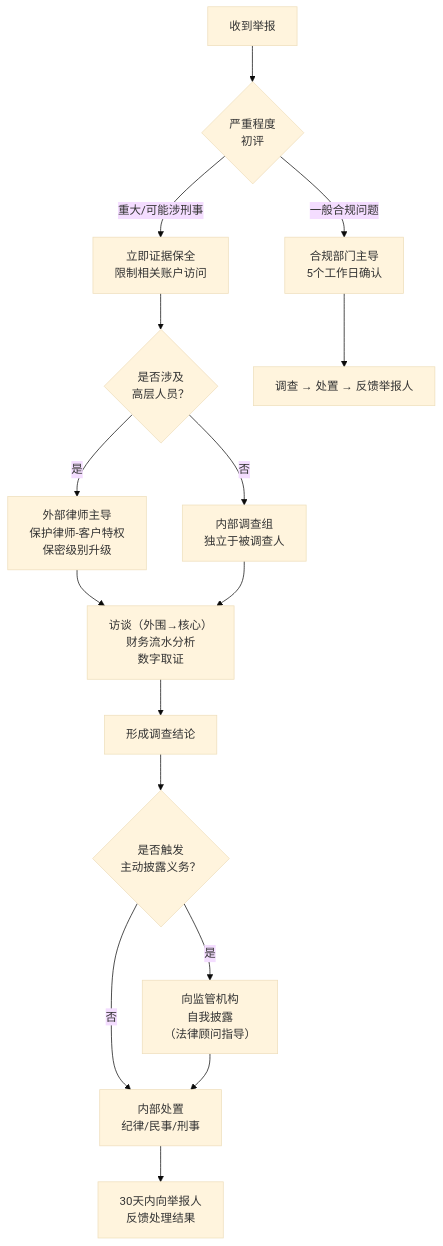
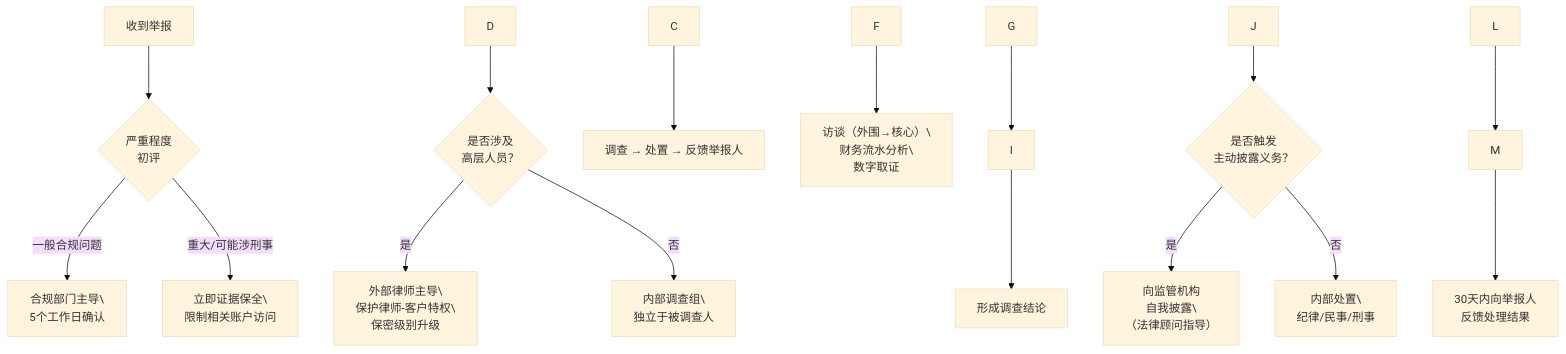
Before and after one commit to ddg-cn/ddg-site: the sixth of 6 diagrams in docs/zh/ethics-guide.md, drawn with Mermaid (base theme). The commit also changed other lines of this file and 13 other files, not shown here.

````diff
--- a/docs/zh/ethics-guide.md
+++ b/docs/zh/ethics-guide.md
@@ -613,18 +623,18 @@
 ```mermaid
 flowchart TD
-    A["收到举报"] --> B{"严重程度<br/>初评"}
-    B -->|"一般合规问题"| C["合规部门主导\n5个工作日确认"]
-    B -->|"重大/可能涉刑事"| D["立即证据保全\n限制相关账户访问"]
+    A\["收到举报"] --> B{"严重程度<br/>初评"}
+    B -->|"一般合规问题"| C\["合规部门主导\\n5个工作日确认"]
+    B -->|"重大/可能涉刑事"| D\["立即证据保全\\n限制相关账户访问"]
     D --> E{"是否涉及<br/>高层人员？"}
-    E -->|"是"| F["外部律师主导\n保护律师-客户特权\n保密级别升级"]
-    E -->|"否"| G["内部调查组\n独立于被调查人"]
-    C --> H["调查 → 处置 → 反馈举报人"]
-    F --> I["访谈（外围→核心）\n财务流水分析\n数字取证"]
+    E -->|"是"| F\["外部律师主导\\n保护律师-客户特权\\n保密级别升级"]
+    E -->|"否"| G\["内部调查组\\n独立于被调查人"]
+    C --> H\["调查 → 处置 → 反馈举报人"]
+    F --> I\["访谈（外围→核心）\\n财务流水分析\\n数字取证"]
     G --> I
-    I --> J["形成调查结论"]
+    I --> J\["形成调查结论"]
     J --> K{"是否触发<br/>主动披露义务？"}
-    K -->|"是"| L["向监管机构<br/>自我披露\n（法律顾问指导）"]
-    K -->|"否"| M["内部处置\n纪律/民事/刑事"]
+    K -->|"是"| L\["向监管机构<br/>自我披露\\n（法律顾问指导）"]
+    K -->|"否"| M\["内部处置\\n纪律/民事/刑事"]
     L --> M
-    M --> N["30天内向举报人<br/>反馈处理结果"]
+    M --> N\["30天内向举报人<br/>反馈处理结果"]
 ```
````
